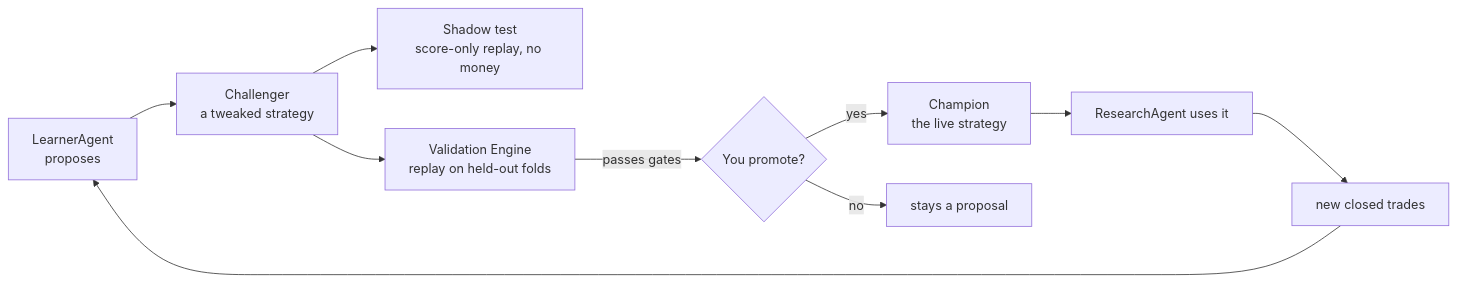
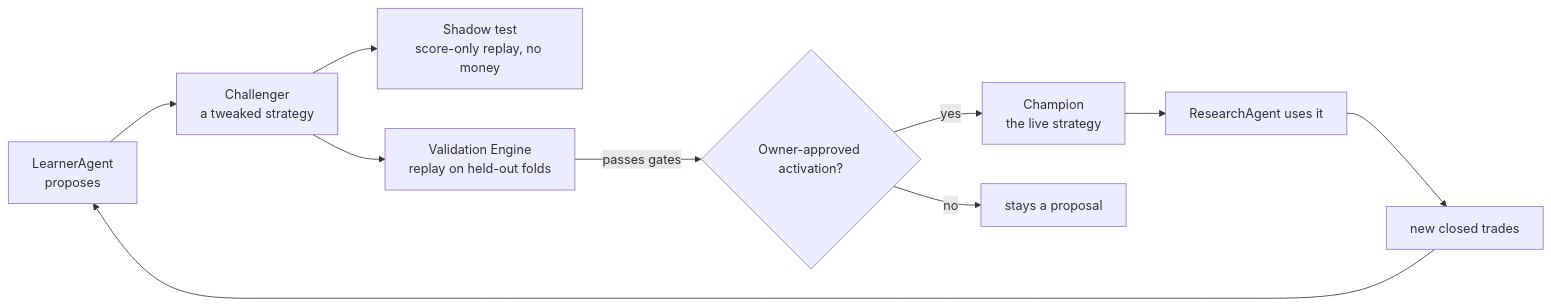
The first of 2 diagrams in docs/arch/09-learning-loop.md (vaibhavtiwarigithub/financeos), drawn with Mermaid before and after one commit. The commit also changed other lines of this file and 4 other files, not shown here.

````diff
--- a/docs/arch/09-learning-loop.md
+++ b/docs/arch/09-learning-loop.md
@@ -23,11 +23,11 @@
 ```mermaid
 flowchart LR
   LEARNER[LearnerAgent\nproposes] --> CHALLENGER[Challenger\na tweaked strategy]
   CHALLENGER --> SHADOW[Shadow test\nscore-only replay, no money]
   CHALLENGER --> VALIDATE[Validation Engine\nreplay on held-out folds]
-  VALIDATE -- passes gates --> PROMOTE{You promote?}
+  VALIDATE -- passes gates --> PROMOTE{Owner-approved activation?}
   PROMOTE -- yes --> CHAMPION[Champion\nthe live strategy]
   PROMOTE -- no --> ARCHIVE[stays a proposal]
   CHAMPION --> RESEARCH[ResearchAgent uses it]
   RESEARCH --> OUTCOMES[new closed trades] --> LEARNER
 ```
````
